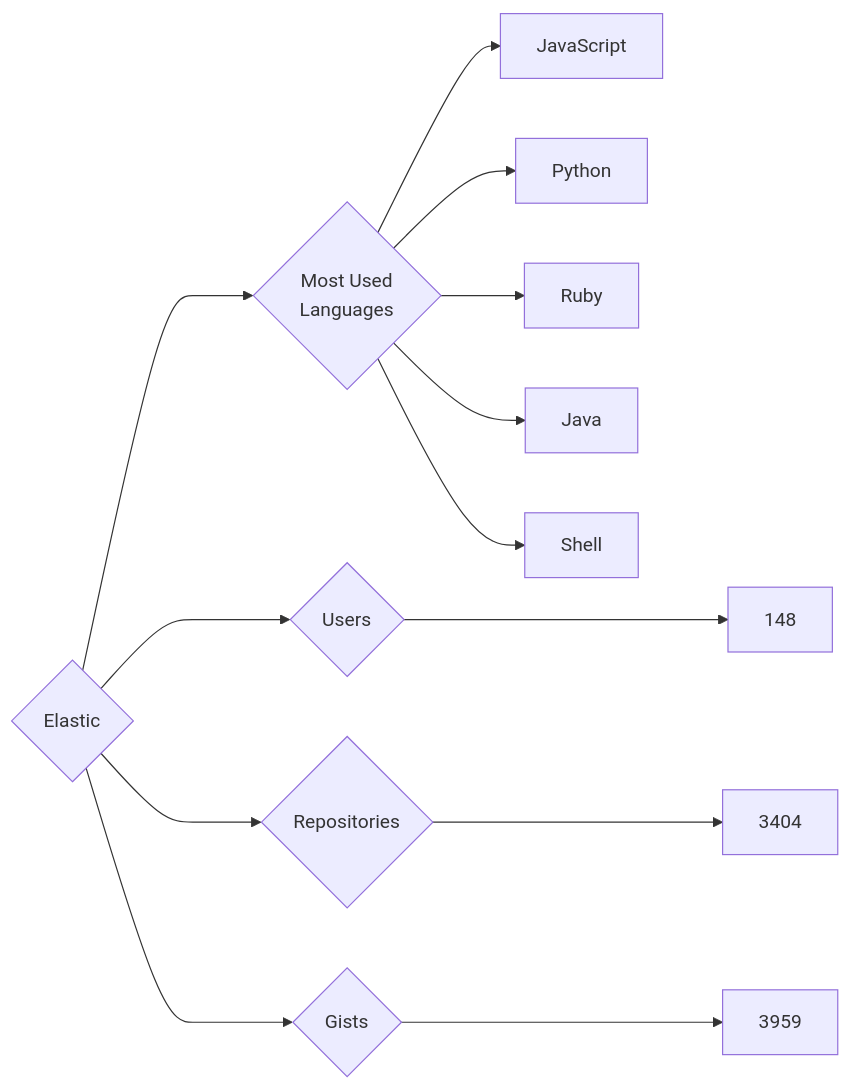
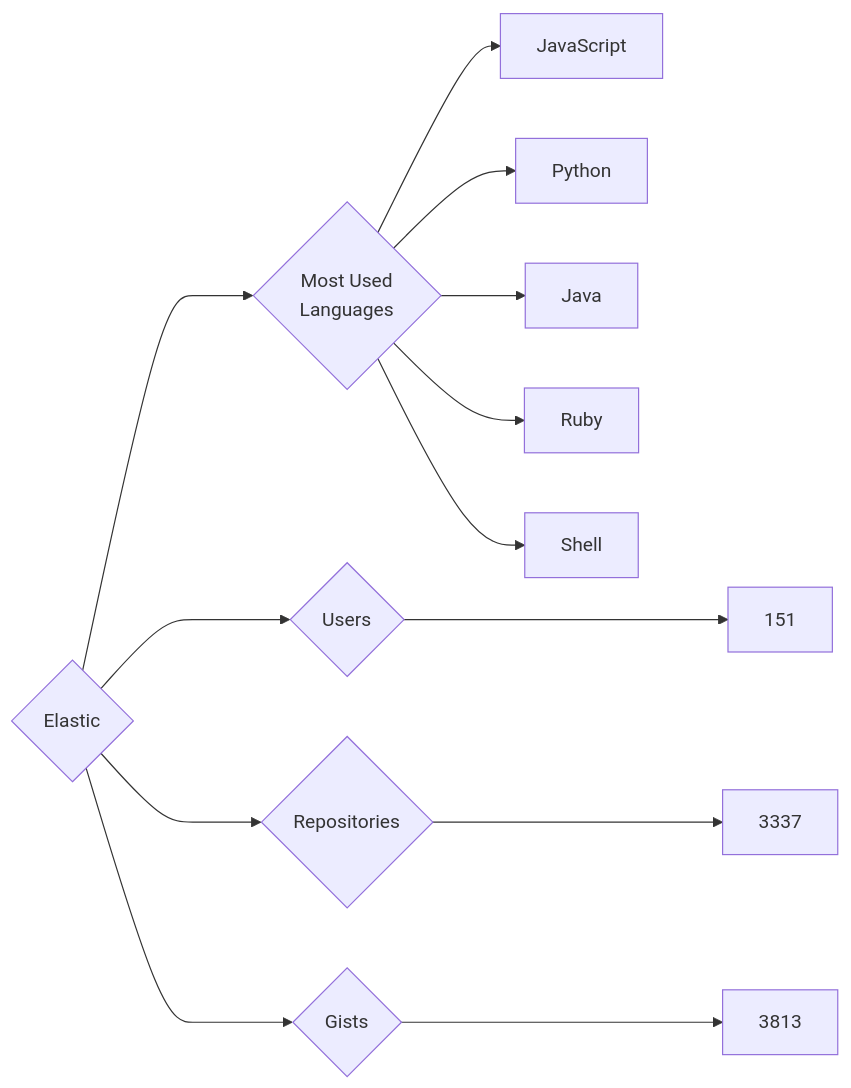
The diagram in targets/Elastic/README.md (trickest/insiders), drawn with Mermaid before and after one commit. The commit also changed 718 other files, not shown here.

````diff
--- a/targets/Elastic/README.md
+++ b/targets/Elastic/README.md
@@ -3,13 +3,13 @@
 ```mermaid
 graph LR
 COMPANY_NAME{Elastic}
-COMPANY_NAME ---> U{Users} ---> UN[148]
-COMPANY_NAME ---> R{Repositories} ---> RN[3404]
-COMPANY_NAME ---> G{Gists} ---> GN[3959]
+COMPANY_NAME ---> U{Users} ---> UN[151]
+COMPANY_NAME ---> R{Repositories} ---> RN[3337]
+COMPANY_NAME ---> G{Gists} ---> GN[3813]
 COMPANY_NAME ---> ML{Most Used<br>Languages}
 ML --> JavaScript[JavaScript]
 ML --> Python[Python]
+ML --> Java[Java]
 ML --> Ruby[Ruby]
-ML --> Java[Java]
 ML --> Shell[Shell]
 ```
````
